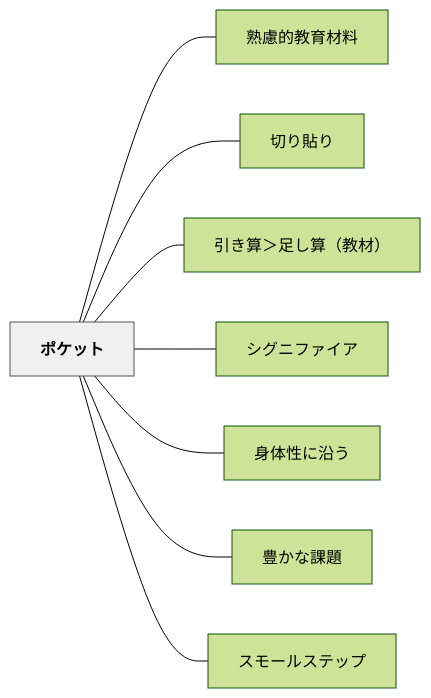
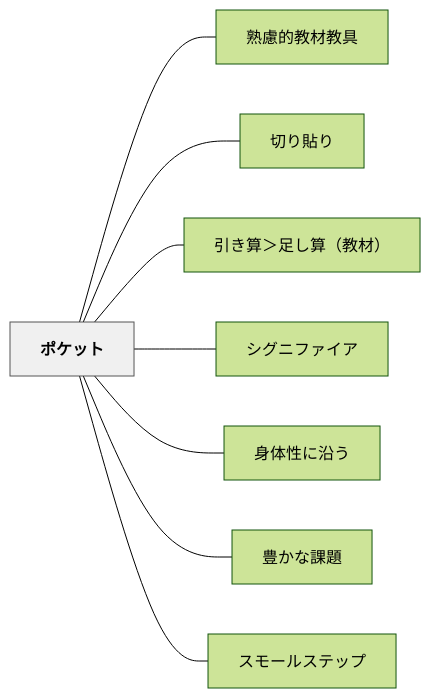
One commit to unknownthings-ed-patterns/unknownthings-ed-patterns changed the diagram in content/パタン/ポケット.md. Above: the diagram before and after it, drawn with Mermaid (forest theme). The commit also changed other lines of this file and 72 other files, not shown here.

````diff
--- a/content/パタン/ポケット.md
+++ b/content/パタン/ポケット.md
@@ -49,22 +49,22 @@
 ```mermaid
 flowchart LR
     ne3839de382b1e38383e38388["ポケット"]
-    ne7869fe685aee79a84e69599e882b2e69d90e69699["熟慮的教育材料"]
+    ne7869fe685aee79a84e69599e69d90e69599e585b7["熟慮的教材教具"]
     ne58887e3828ae8b2bce3828a["切り貼り"]
     ne5bc95e3818de7ae97efbc9ee8b6b3e38197e7ae97efbc88e69599e69d90efbc89["引き算＞足し算（教材）"]
     ne382b7e382b0e3838be38395e382a1e382a4e382a2["シグニファイア"]
     ne8baabe4bd93e680a7e381abe6b2bfe38186["身体性に沿う"]
     ne8b18ae3818be381aae8aab2e9a18c["豊かな課題"]
     ne382b9e383a2e383bce383abe382b9e38386e38383e38397["スモールステップ"]
 
-    ne3839de382b1e38383e38388 --- ne7869fe685aee79a84e69599e882b2e69d90e69699
+    ne3839de382b1e38383e38388 --- ne7869fe685aee79a84e69599e69d90e69599e585b7
     ne3839de382b1e38383e38388 --- ne58887e3828ae8b2bce3828a
     ne3839de382b1e38383e38388 --- ne5bc95e3818de7ae97efbc9ee8b6b3e38197e7ae97efbc88e69599e69d90efbc89
     ne3839de382b1e38383e38388 --- ne382b7e382b0e3838be38395e382a1e382a4e382a2
     ne3839de382b1e38383e38388 --- ne8baabe4bd93e680a7e381abe6b2bfe38186
     ne3839de382b1e38383e38388 --- ne8b18ae3818be381aae8aab2e9a18c
     ne3839de382b1e38383e38388 --- ne382b9e383a2e383bce383abe382b9e38386e38383e38397
 
     classDef hub fill:#f0f0f0,stroke:#555,color:#000,font-weight:bold
     class ne3839de382b1e38383e38388 hub
 ```
````
